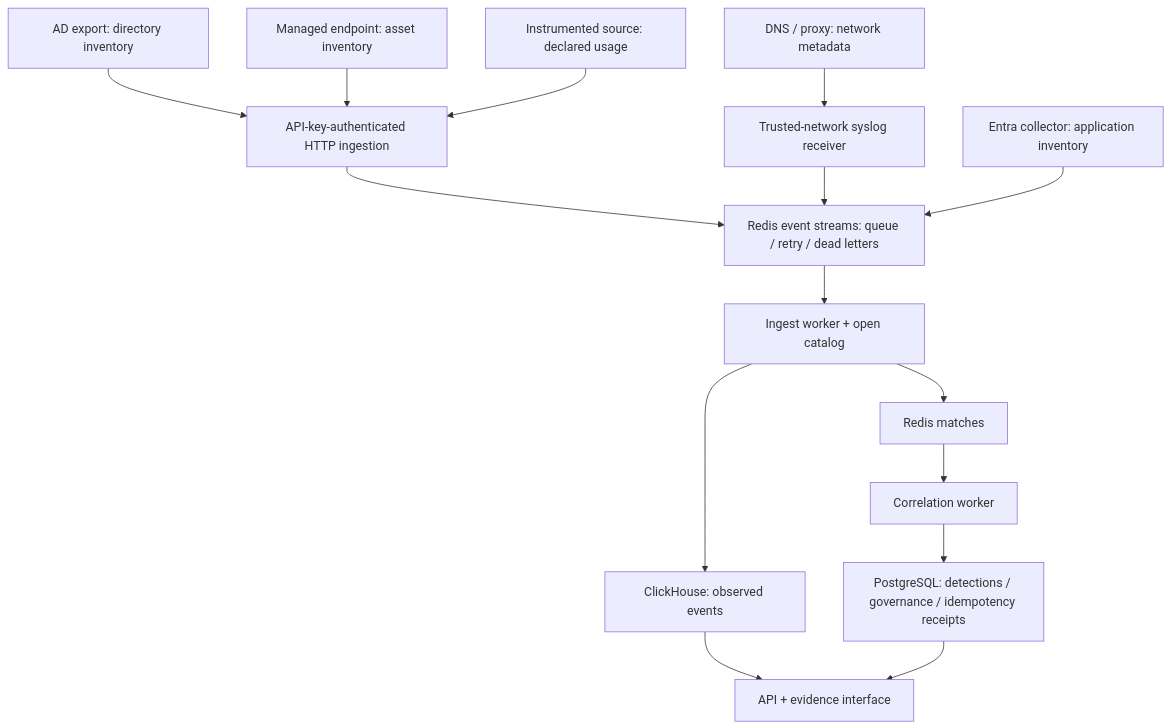
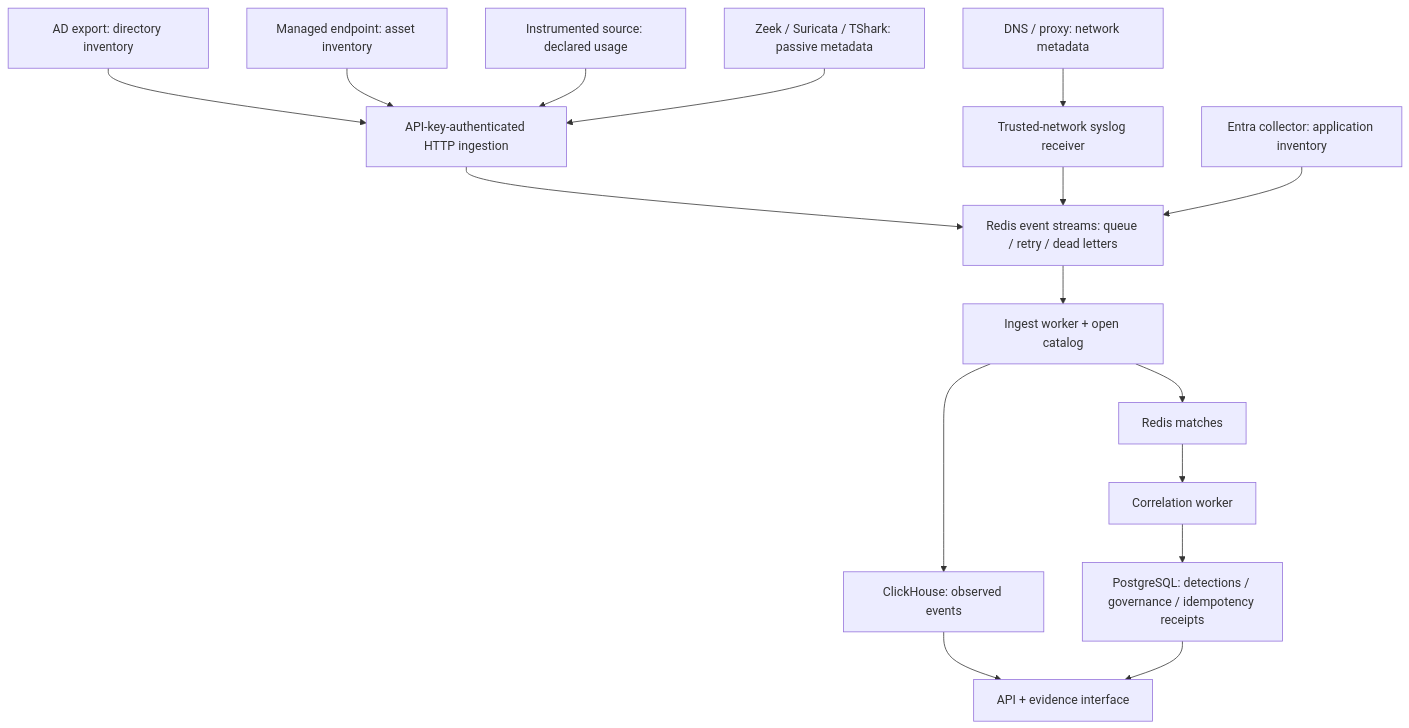
One commit to alebgl77/open-shadow-ai changed the diagram in docs/architecture.md. Above: the diagram before and after it, drawn with Mermaid. The commit also changed other lines of this file and 39 other files, not shown here.

````diff
--- a/docs/architecture.md
+++ b/docs/architecture.md
@@ -7,17 +7,18 @@
 ```mermaid
 flowchart TD
     AD["AD export: directory inventory"] --> API["API-key-authenticated HTTP ingestion"]
     EP["Managed endpoint: asset inventory"] --> API
     IN["Instrumented source: declared usage"] --> API
+    NM["Zeek / Suricata / TShark: passive metadata"] --> API
     NP["DNS / proxy: network metadata"] --> SYS["Trusted-network syslog receiver"]
     API --> Q["Redis event streams: queue / retry / dead letters"]
     SYS --> Q
     EN["Entra collector: application inventory"] --> Q
     Q --> MATCH["Ingest worker + open catalog"]
     MATCH --> CH["ClickHouse: observed events"]
     MATCH --> MQ["Redis matches"]
     MQ --> COR["Correlation worker"]
     COR --> PG["PostgreSQL: detections / governance / idempotency receipts"]
     CH --> VIEW["API + evidence interface"]
     PG --> VIEW
 ```
````
